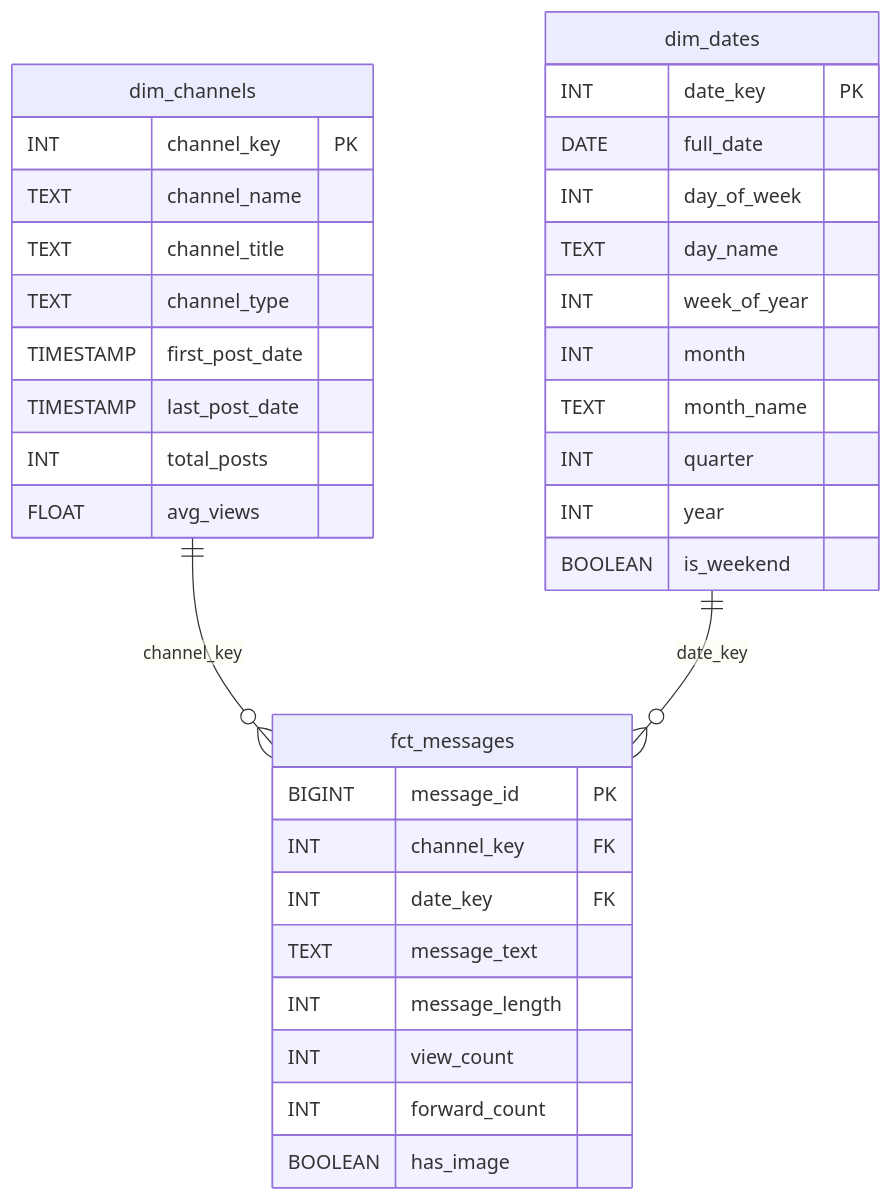
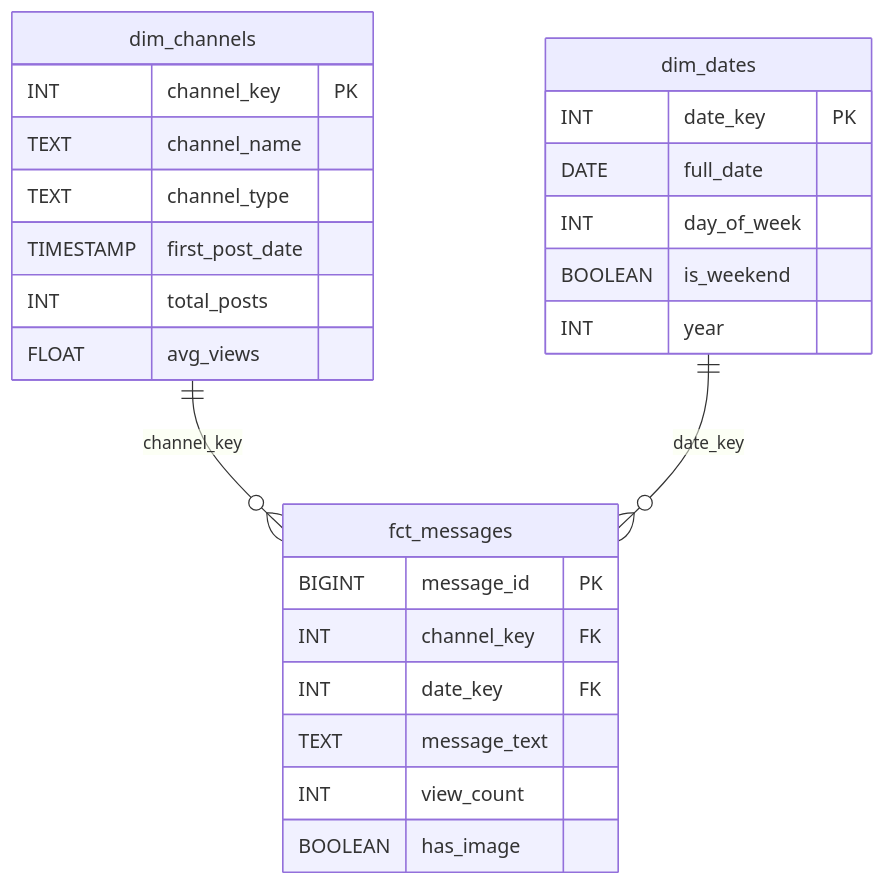
Before and after one commit to muhajirhualis/KAIM_Week8: the diagram in README.md, drawn with Mermaid. The commit also changed other lines of this file and 8 other files, not shown here.

````diff
--- a/README.md
+++ b/README.md
@@ -69,40 +65,31 @@
 ```mermaid
 erDiagram
     dim_channels ||--o{ fct_messages : "channel_key"
     dim_dates ||--o{ fct_messages : "date_key"
 
     dim_channels {
         INT channel_key PK
         TEXT channel_name
-        TEXT channel_title
         TEXT channel_type
         TIMESTAMP first_post_date
-        TIMESTAMP last_post_date
         INT total_posts
         FLOAT avg_views
     }
 
     dim_dates {
         INT date_key PK
         DATE full_date
         INT day_of_week
-        TEXT day_name
-        INT week_of_year
-        INT month
-        TEXT month_name
-        INT quarter
+        BOOLEAN is_weekend
         INT year
-        BOOLEAN is_weekend
     }
 
     fct_messages {
         BIGINT message_id PK
         INT channel_key FK
         INT date_key FK
         TEXT message_text
-        INT message_length
         INT view_count
-        INT forward_count
         BOOLEAN has_image
     }
 ```
````
